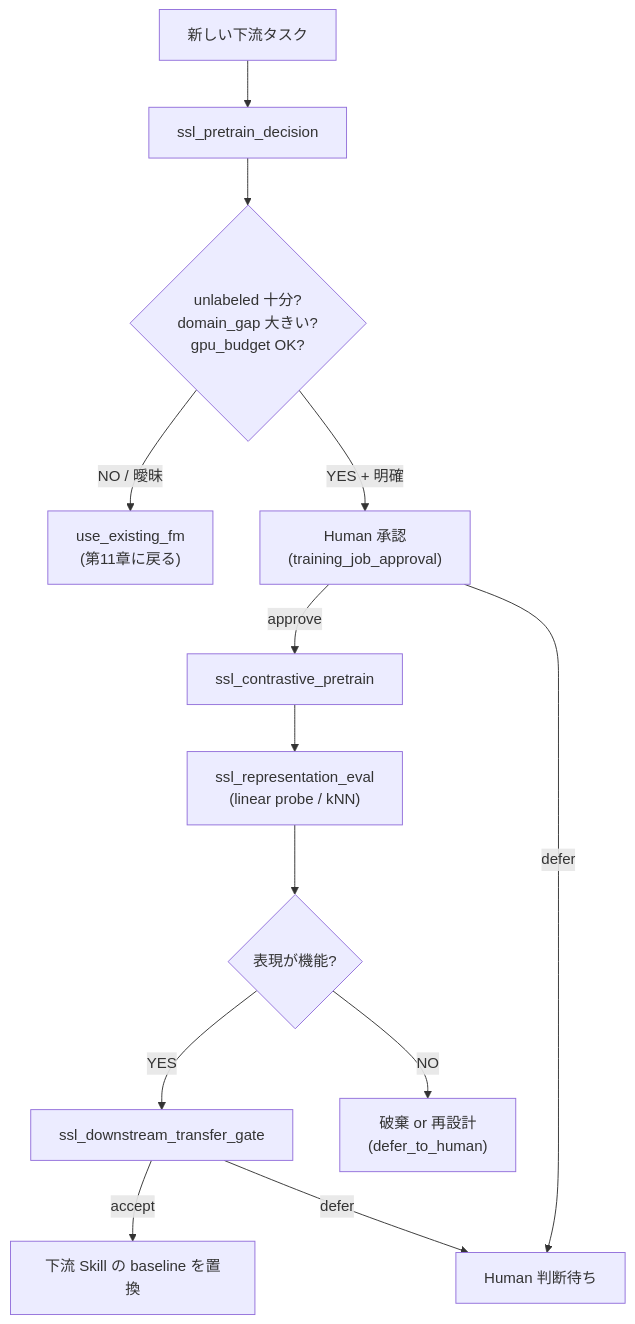
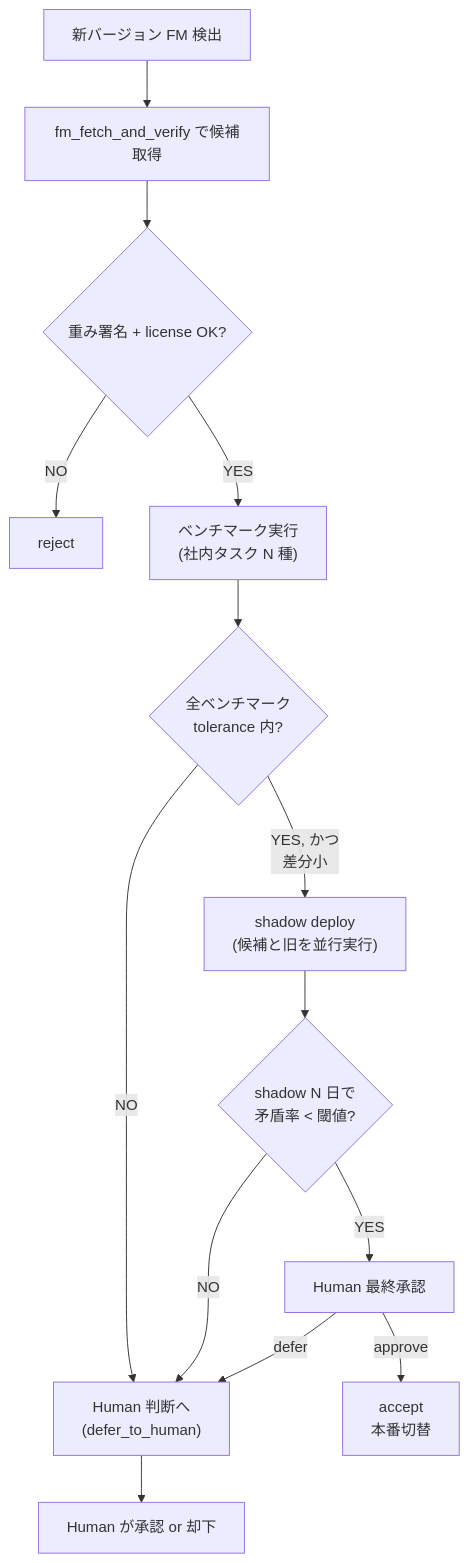
Before and after one commit to nahisaho/ARIMAgentDataAnalysisBook: the third of 3 diagrams in papers/vol-03/chapter-12.md, drawn with Mermaid. The commit also changed other lines of this file and 48 other files, not shown here.

````diff
--- a/papers/vol-03/chapter-12.md
+++ b/papers/vol-03/chapter-12.md
@@ -45,15 +634,16 @@
 ```mermaid
 flowchart TB
-    A["新しい下流タスク"] --> B["ssl_pretrain_decision"]
-    B --> C{"unlabeled 十分?<br/>domain_gap 大きい?<br/>gpu_budget OK?"}
-    C -->|"NO / 曖昧"| D["use_existing_fm<br/>(第11章に戻る)"]
-    C -->|"YES + 明確"| E["Human 承認<br/>(training_job_approval)"]
-    E -->|"approve"| F["ssl_contrastive_pretrain"]
-    E -->|"defer"| G["Human 判断待ち"]
-    F --> H["ssl_representation_eval<br/>(linear probe / kNN)"]
-    H --> I{"表現が機能?"}
-    I -->|"YES"| J["ssl_downstream_transfer_gate"]
-    I -->|"NO"| K["破棄 or 再設計<br/>(defer_to_human)"]
-    J -->|"accept"| L["下流 Skill の baseline を置換"]
-    J -->|"defer"| G
+    A["新バージョン FM 検出"] --> B["fm_fetch_and_verify で候補取得"]
+    B --> C{"重み署名 + license OK?"}
+    C -->|"NO"| Z["reject"]
+    C -->|"YES"| D["ベンチマーク実行<br/>(社内タスク N 種)"]
+    D --> E{"全ベンチマーク<br/>tolerance 内?"}
+    E -->|"NO"| F["Human 判断へ<br/>(defer_to_human)"]
+    E -->|"YES, かつ<br/>差分小"| G["shadow deploy<br/>(候補と旧を並行実行)"]
+    G --> H{"shadow N 日で<br/>矛盾率 < 閾値?"}
+    H -->|"NO"| F
+    H -->|"YES"| I["Human 最終承認"]
+    I -->|"approve"| J["accept<br/>本番切替"]
+    I -->|"defer"| F
+    F --> K["Human が承認 or 却下"]
 ```
````
